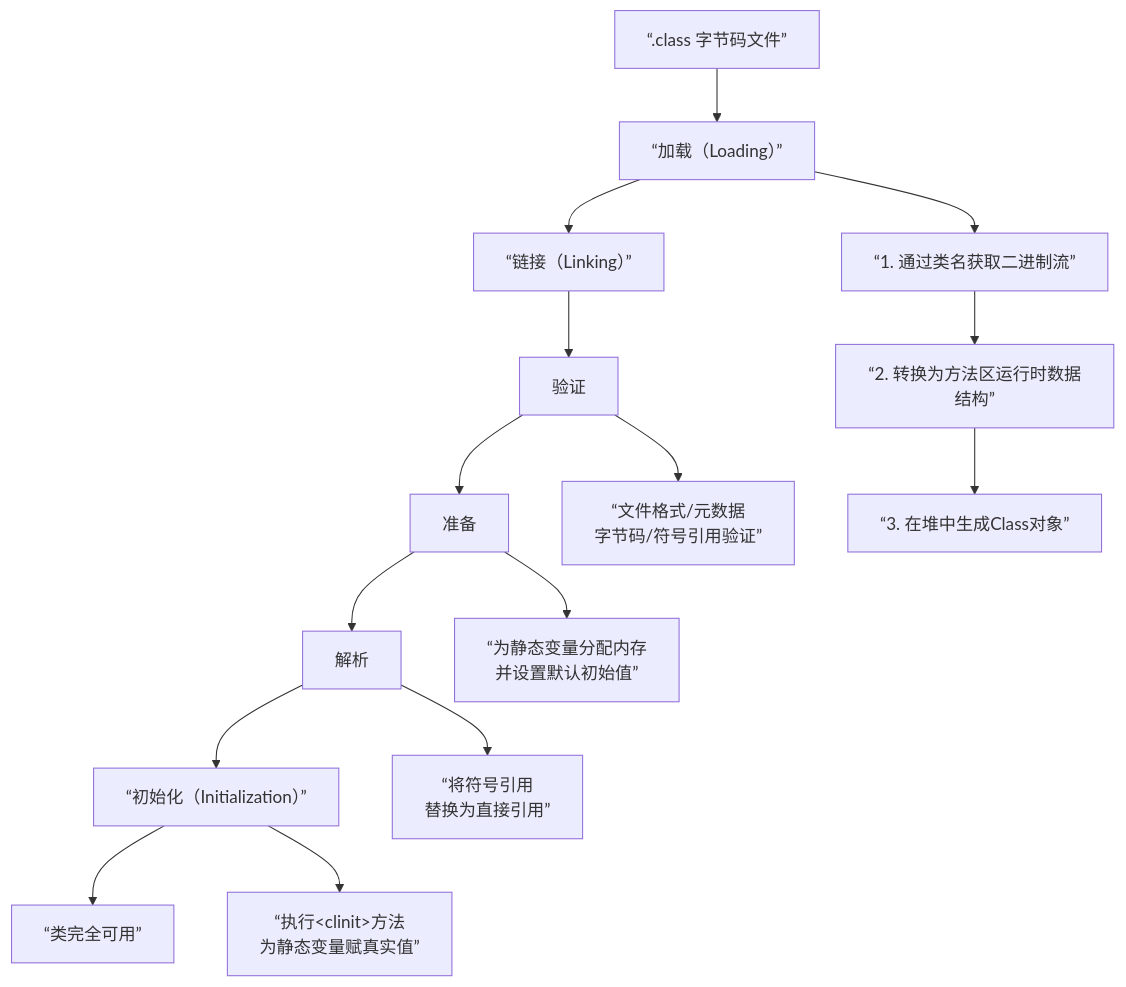
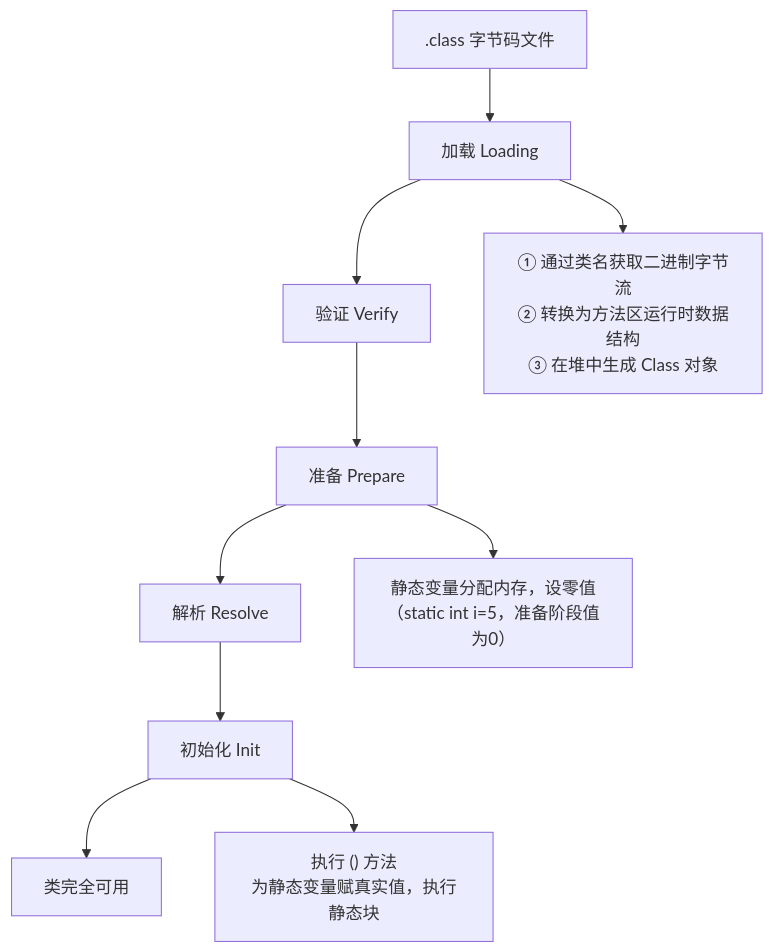
One commit to zz12121/KnowledgeDevelope changed the diagram in 10_DevelopLanguage/001_Java/04_JavaJVMSubject/03、类加载机制.md. Above: the diagram before and after it, drawn with Mermaid. The commit also changed other lines of this file and 132 other files, not shown here.

````diff
--- a/10_DevelopLanguage/001_Java/04_JavaJVMSubject/03、类加载机制.md
+++ b/10_DevelopLanguage/001_Java/04_JavaJVMSubject/03、类加载机制.md
@@ -4,20 +6,12 @@
 ```mermaid
 flowchart TD
-    A[“.class 字节码文件”] --> B[“加载（Loading）”]
-    B --> C[“链接（Linking）”]
-    C --> C1[验证]
-    C1 --> C2[准备]
-    C2 --> C3[解析]
-    C3 --> D[“初始化（Initialization）”]
-    D --> E[“类完全可用”]
-    
-    B --> B1[“1. 通过类名获取二进制流”]
-    B1 --> B2[“2. 转换为方法区运行时数据结构”]
-    B2 --> B3[“3. 在堆中生成Class对象”]
-    
-    C1 --> C1a[“文件格式/元数据<br>字节码/符号引用验证”]
-    C2 --> C2a[“为静态变量分配内存<br>并设置默认初始值”]
-    C3 --> C3a[“将符号引用<br>替换为直接引用”]
-    
-    D --> D1[“执行&lt;clinit&gt;方法<br>为静态变量赋真实值”]
+    A[.class 字节码文件] --> B[加载 Loading]
+    B --> C1[验证 Verify]
+    C1 --> C2[准备 Prepare]
+    C2 --> C3[解析 Resolve]
+    C3 --> D[初始化 Init]
+    D --> E[类完全可用]
+    B --> B1["① 通过类名获取二进制字节流\n② 转换为方法区运行时数据结构\n③ 在堆中生成 Class 对象"]
+    C2 --> C2a["静态变量分配内存，设零值\n（static int i=5，准备阶段值为0）"]
+    D --> D1["执行 <clinit>() 方法\n为静态变量赋真实值，执行静态块"]
 ```
````
